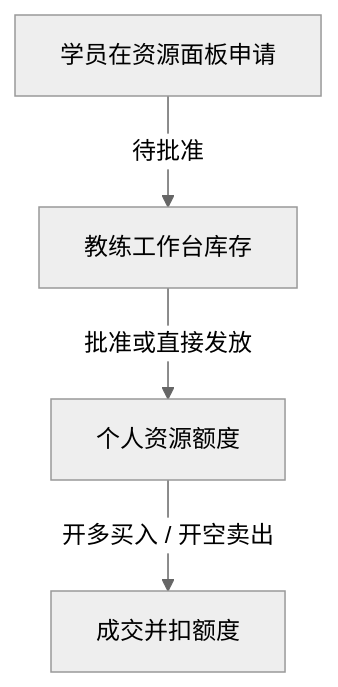
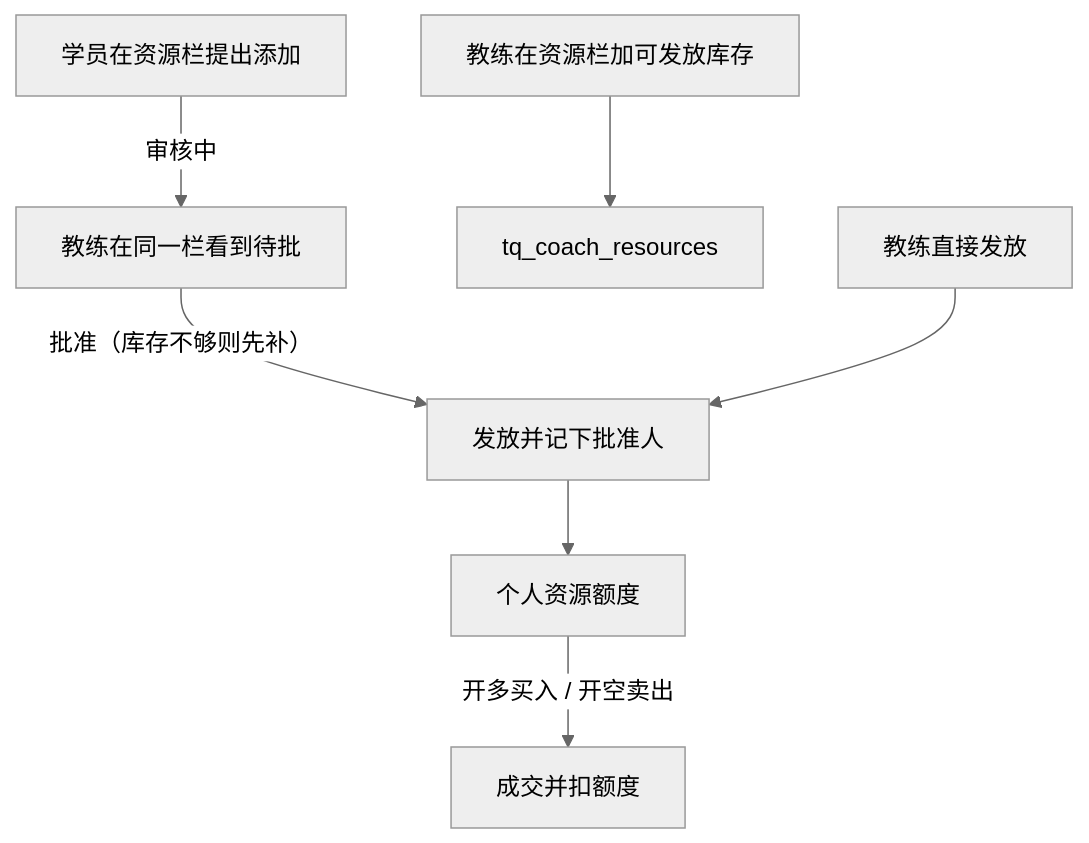
The second of 2 diagrams in docs/trade/t0-sim-exam-guide.zh.md (linginchi/tradelovin), drawn with Mermaid (neutral theme) before and after one commit. The commit also changed other lines of this file and 16 other files, not shown here.

````diff
--- a/docs/trade/t0-sim-exam-guide.zh.md
+++ b/docs/trade/t0-sim-exam-guide.zh.md
@@ -50,6 +50,9 @@
 ```mermaid
 flowchart TD
-  coach["教练工作台库存"] -->|"批准或直接发放"| personal["个人资源额度"]
-  student["学员在资源面板申请"] -->|"待批准"| coach
+  student["学员在资源栏提出添加"] -->|"审核中"| coachSee["教练在同一栏看到待批"]
+  coachInv["教练在资源栏加可发放库存"] --> pool["tq_coach_resources"]
+  coachSee -->|"批准（库存不够则先补）"| grant["发放并记下批准人"]
+  coachDirect["教练直接发放"] --> grant
+  grant --> personal["个人资源额度"]
   personal -->|"开多买入 / 开空卖出"| fill[成交并扣额度]
 ```
````
